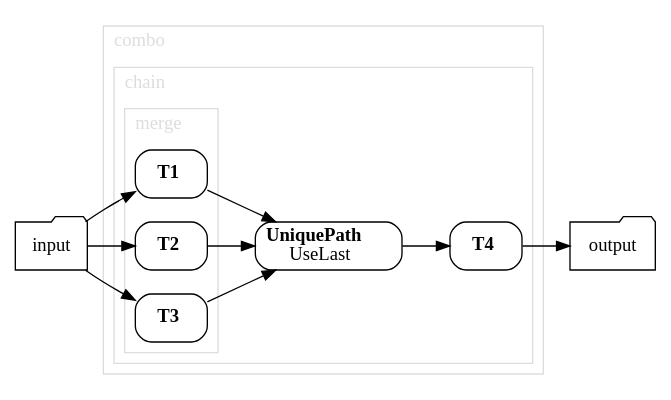
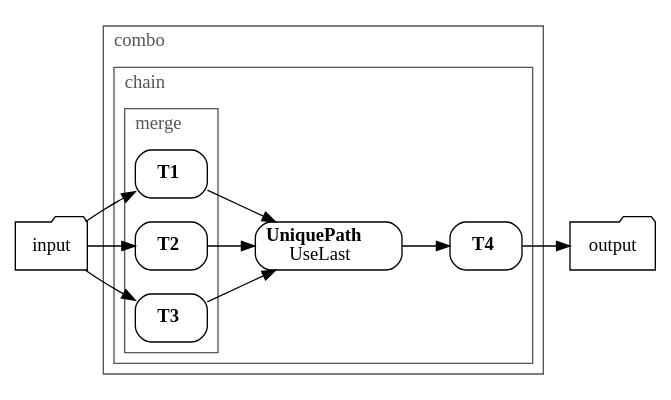
Before and after one commit to pivotal/docs-tap: the diagram in application-accelerator/creating-accelerators/transforms/conflict-resolution1.dot, drawn with Graphviz. The commit also changed 21 other files, not shown here.

Commit message:
Adapt diagram colors for accessibility

```diff
--- a/application-accelerator/creating-accelerators/transforms/conflict-resolution1.dot
+++ b/application-accelerator/creating-accelerators/transforms/conflict-resolution1.dot
@@ -1,46 +1,46 @@
 // This file was auto-generated from conflict-resolution1.yaml - DO NOT MODIFY
 
 digraph G {
   rankdir="LR";
   labeljust="l";
   node [shape="rect"; style="rounded"; ]
 
 
   String_5ce33a58 [label="input"; shape="folder"; ]
   String_78a287ed [label="output"; shape="folder"; ]
 
   T4_d5ae57e -> String_78a287ed;
   String_5ce33a58 -> T1_7e242b4d;
   String_5ce33a58 -> T2_305f031;
   String_5ce33a58 -> T3_592e843a;
 
   subgraph cluster_410ae9a3 {
     label=<combo>;
-    color="#DDDDDD";
-    fontcolor="#dddddd";
+    color="#555555";
+    fontcolor="#555555";
 
     subgraph cluster_1536602f {
       label=<chain>;
-      color="#DDDDDD";
-      fontcolor="#dddddd";
+      color="#555555";
+      fontcolor="#555555";
 
       UniquePath_235f4c10 [label=<<b>UniquePath</b><br/>UseLast>; ]
       T4_d5ae57e [label=<<b>T4</b>>; ]
 
       UniquePath_235f4c10 -> T4_d5ae57e;
       T1_7e242b4d -> UniquePath_235f4c10;
       T2_305f031 -> UniquePath_235f4c10;
       T3_592e843a -> UniquePath_235f4c10;
 
       subgraph cluster_44c79f32 {
         label=<merge>;
-        color="#DDDDDD";
-        fontcolor="#dddddd";
+        color="#555555";
+        fontcolor="#555555";
 
         T1_7e242b4d [label=<<b>T1</b>>; ]
         T2_305f031 [label=<<b>T2</b>>; ]
         T3_592e843a [label=<<b>T3</b>>; ]
       }
     }
   }
 }
```
